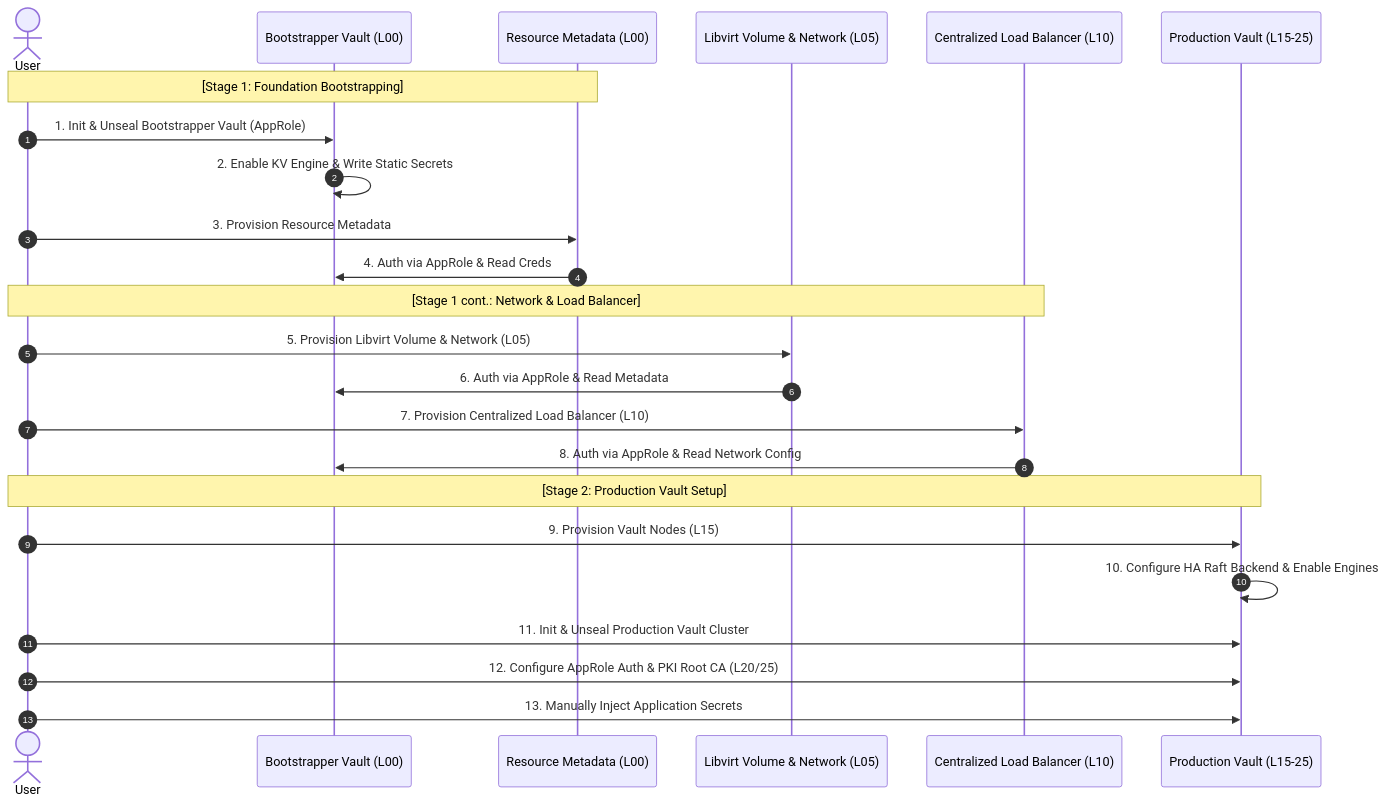
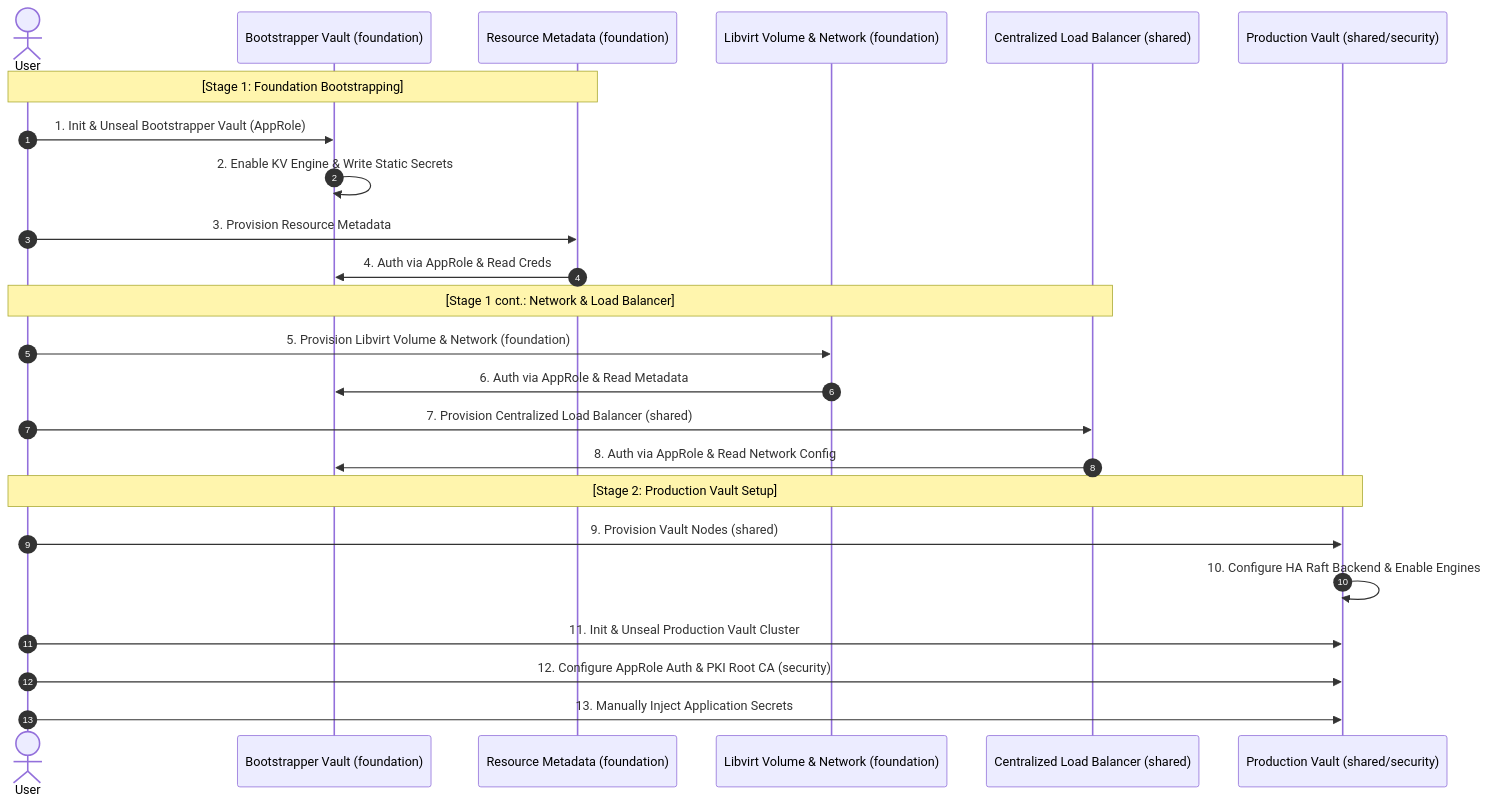
The first of 2 diagrams in documentation/en/architecture/deployment-workflow.md (csning1998/on-premise-gitlab-deployment), drawn with Mermaid before and after one commit. The commit also changed other lines of this file and 158 other files, not shown here.

````diff
--- a/documentation/en/architecture/deployment-workflow.md
+++ b/documentation/en/architecture/deployment-workflow.md
@@ -9,29 +9,29 @@
 ```mermaid
 sequenceDiagram
     autonumber
     actor User
-    participant Boot as Bootstrapper Vault (L00)
-    participant Meta as Resource Metadata (L00)
-    participant LV as Libvirt Volume & Network (L05)
-    participant LB as Centralized Load Balancer (L10)
-    participant Prod as Production Vault (L15-25)
+    participant Boot as Bootstrapper Vault (foundation)
+    participant Meta as Resource Metadata (foundation)
+    participant LV as Libvirt Volume & Network (foundation)
+    participant LB as Centralized Load Balancer (shared)
+    participant Prod as Production Vault (shared/security)
 
     Note over User, Meta: [Stage 1: Foundation Bootstrapping]
     User->>Boot: 1. Init & Unseal Bootstrapper Vault (AppRole)
     Boot->>Boot: 2. Enable KV Engine & Write Static Secrets
     User->>Meta: 3. Provision Resource Metadata
     Meta->>Boot: 4. Auth via AppRole & Read Creds
 
     Note over User, LB: [Stage 1 cont.: Network & Load Balancer]
-    User->>LV: 5. Provision Libvirt Volume & Network (L05)
+    User->>LV: 5. Provision Libvirt Volume & Network (foundation)
     LV->>Boot: 6. Auth via AppRole & Read Metadata
-    User->>LB: 7. Provision Centralized Load Balancer (L10)
+    User->>LB: 7. Provision Centralized Load Balancer (shared)
     LB->>Boot: 8. Auth via AppRole & Read Network Config
 
     Note over User, Prod: [Stage 2: Production Vault Setup]
-    User->>Prod: 9. Provision Vault Nodes (L15)
+    User->>Prod: 9. Provision Vault Nodes (shared)
     Prod->>Prod: 10. Configure HA Raft Backend & Enable Engines
     User->>Prod: 11. Init & Unseal Production Vault Cluster
-    User->>Prod: 12. Configure AppRole Auth & PKI Root CA (L20/25)
+    User->>Prod: 12. Configure AppRole Auth & PKI Root CA (security)
     User->>Prod: 13. Manually Inject Application Secrets
 ```
````
